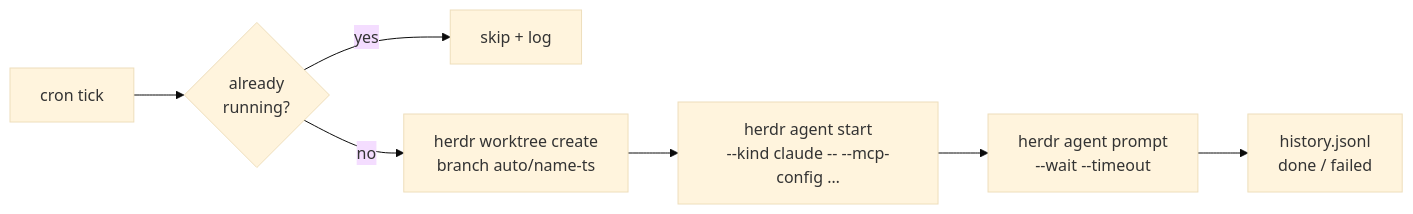
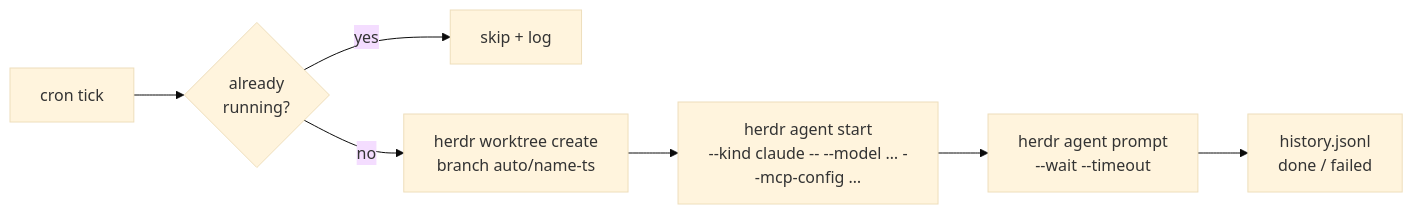
Before and after one commit to DnzzL/herdr-automations: the diagram in README.md, drawn with Mermaid (base theme). The commit also changed other lines of this file and 2 other files, not shown here.

````diff
--- a/README.md
+++ b/README.md
@@ -129,9 +145,9 @@
 ```mermaid
 flowchart LR
     A[cron tick] --> B{already<br>running?}
     B -- yes --> S[skip + log]
     B -- no --> C[herdr worktree create<br>branch auto/name-ts]
-    C --> D[herdr agent start<br>--kind claude -- --mcp-config …]
+    C --> D[herdr agent start<br>--kind claude -- --model … --mcp-config …]
     D --> E[herdr agent prompt<br>--wait --timeout]
     E --> F[history.jsonl<br>done / failed]
 ```
````
